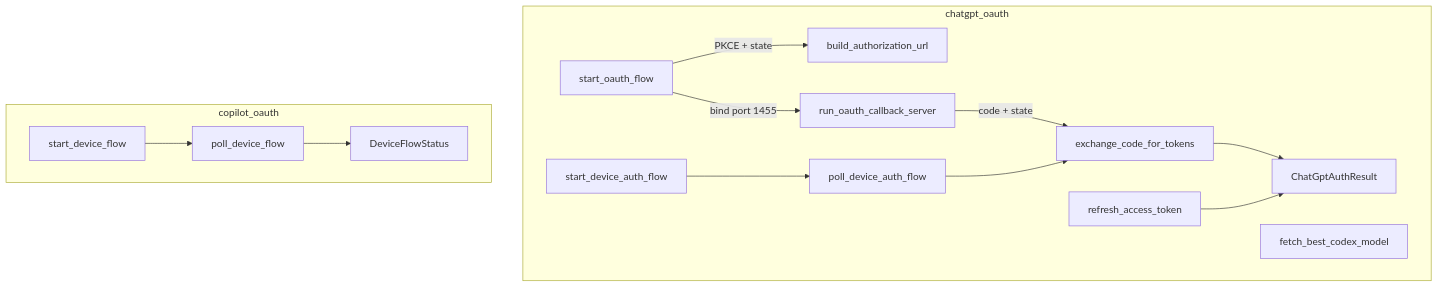
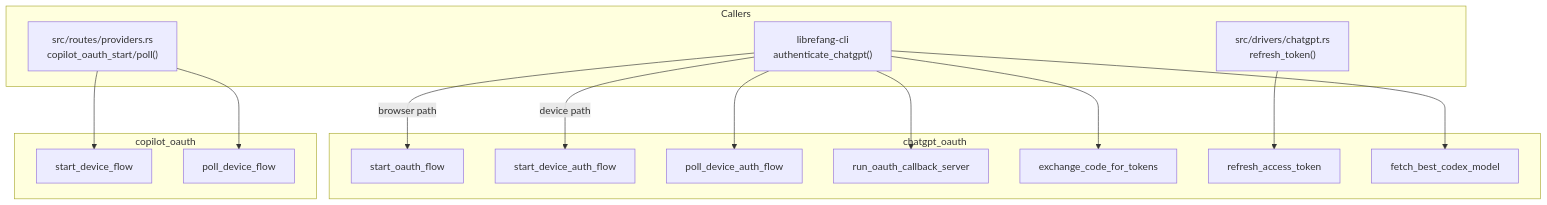
Before and after one commit to leszek3737/librefang-WIki: the first of 2 diagrams in authentication-security-librefang-runtime-oauth-src.md, drawn with Mermaid. The commit also changed other lines of this file and 120 other files, not shown here.

````diff
--- a/authentication-security-librefang-runtime-oauth-src.md
+++ b/authentication-security-librefang-runtime-oauth-src.md
@@ -9,17 +18,33 @@
 ```mermaid
-graph TD
+flowchart TD
+    subgraph "Callers"
+        CLI["librefang-cli<br/>authenticate_chatgpt()"]
+        WEB["src/routes/providers.rs<br/>copilot_oauth_start/poll()"]
+        DRIVER["src/drivers/chatgpt.rs<br/>refresh_token()"]
+    end
+
     subgraph "chatgpt_oauth"
-        A[start_oauth_flow] -->|PKCE + state| B[build_authorization_url]
-        A -->|bind port 1455| C[run_oauth_callback_server]
-        C -->|code + state| D[exchange_code_for_tokens]
-        D --> E[ChatGptAuthResult]
-        F[start_device_auth_flow] --> G[poll_device_auth_flow]
-        G --> D
-        H[refresh_access_token] --> E
-        I[fetch_best_codex_model]
+        SOF[start_oauth_flow]
+        SDA[start_device_auth_flow]
+        PDA[poll_device_auth_flow]
+        RCB[run_oauth_callback_server]
+        ECT[exchange_code_for_tokens]
+        RAT[refresh_access_token]
+        FBC[fetch_best_codex_model]
     end
+
     subgraph "copilot_oauth"
-        J[start_device_flow] --> K[poll_device_flow]
-        K --> L[DeviceFlowStatus]
+        SDF[start_device_flow]
+        PDF[poll_device_flow]
     end
+
+    CLI -->|"browser path"| SOF
+    CLI --> RCB
+    CLI --> ECT
+    CLI -->|"device path"| SDA
+    CLI --> PDA
+    CLI --> FBC
+    DRIVER --> RAT
+    WEB --> SDF
+    WEB --> PDF
 ```
````
